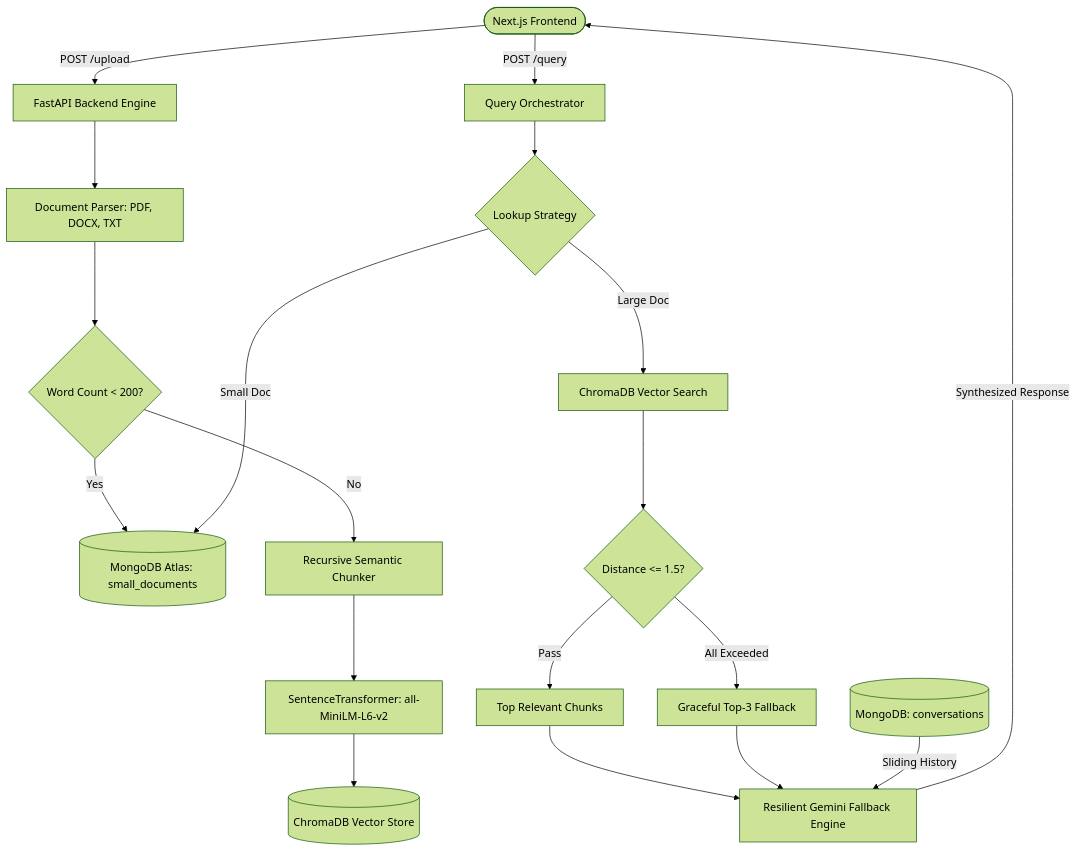
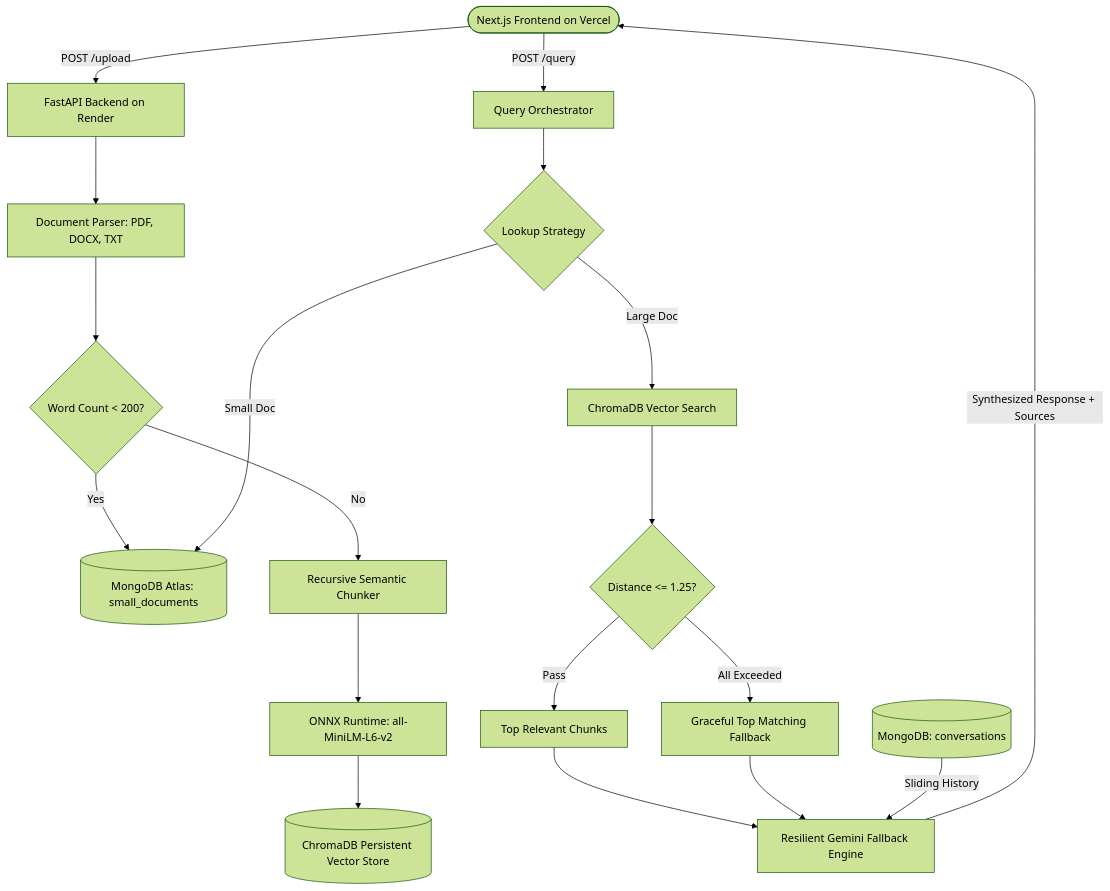
Before and after one commit to farzeen-code/Fastapi-rag-pipeline: the diagram in README.md, drawn with Mermaid (forest theme). The commit also changed other lines of this file and 2 other files, not shown here.

````diff
--- a/README.md
+++ b/README.md
@@ -47,27 +67,27 @@
 ```mermaid
 graph TD
-    Client([Next.js Frontend]) -->|POST /upload| API[FastAPI Backend Engine]
+    Client([Next.js Frontend on Vercel]) -->|POST /upload| API[FastAPI Backend on Render]
     API --> Parser[Document Parser: PDF, DOCX, TXT]
     Parser --> SizeCheck{Word Count < 200?}
     
     SizeCheck -- Yes --> MongoDocs[(MongoDB Atlas: small_documents)]
     SizeCheck -- No --> Chunker[Recursive Semantic Chunker]
     
-    Chunker --> Embedder[SentenceTransformer: all-MiniLM-L6-v2]
-    Embedder --> Chroma[(ChromaDB Vector Store)]
+    Chunker --> Embedder[ONNX Runtime: all-MiniLM-L6-v2]
+    Embedder --> Chroma[(ChromaDB Persistent Vector Store)]
     
     Client -->|POST /query| QueryHandler[Query Orchestrator]
     QueryHandler --> ContextRouter{Lookup Strategy}
     ContextRouter -->|Small Doc| MongoDocs
     ContextRouter -->|Large Doc| ChromaSearch[ChromaDB Vector Search]
     
-    ChromaSearch --> DistanceFilter{Distance <= 1.5?}
+    ChromaSearch --> DistanceFilter{Distance <= 1.25?}
     DistanceFilter -- Pass --> RelevantChunks[Top Relevant Chunks]
-    DistanceFilter -- All Exceeded --> Fallback[Graceful Top-3 Fallback]
+    DistanceFilter -- All Exceeded --> Fallback[Graceful Top Matching Fallback]
     
     RelevantChunks --> GeminiChain[Resilient Gemini Fallback Engine]
     Fallback --> GeminiChain
     MongoHistory[(MongoDB: conversations)] -->|Sliding History| GeminiChain
     
-    GeminiChain -->|Synthesized Response| Client
+    GeminiChain -->|Synthesized Response + Sources| Client
 ```
````
